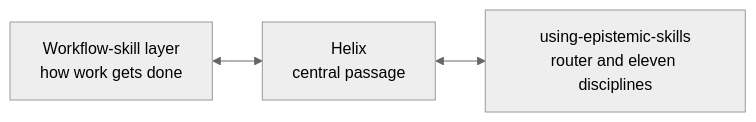
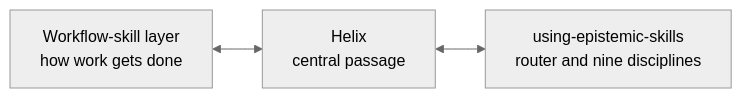
The first of 2 diagrams in README.md (ZMS-Labs/epistemic-skills), drawn with Mermaid (neutral theme) before and after one commit. The commit also changed other lines of this file and 47 other files, not shown here.

````diff
--- a/README.md
+++ b/README.md
@@ -106,5 +106,5 @@
 ```mermaid
 flowchart LR
     W["Workflow-skill layer<br/>how work gets done"] <--> H["Helix<br/>central passage"]
-    H <--> E["using-epistemic-skills<br/>router and eleven disciplines"]
+    H <--> E["using-epistemic-skills<br/>router and nine disciplines"]
 ```
````
